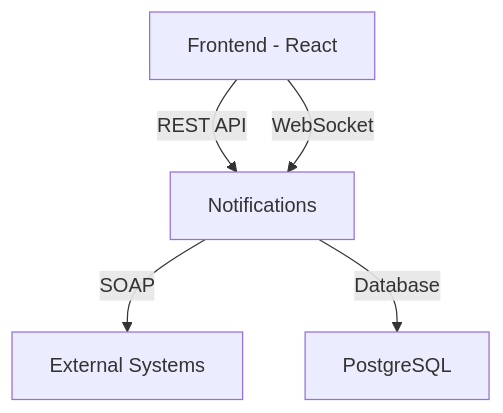
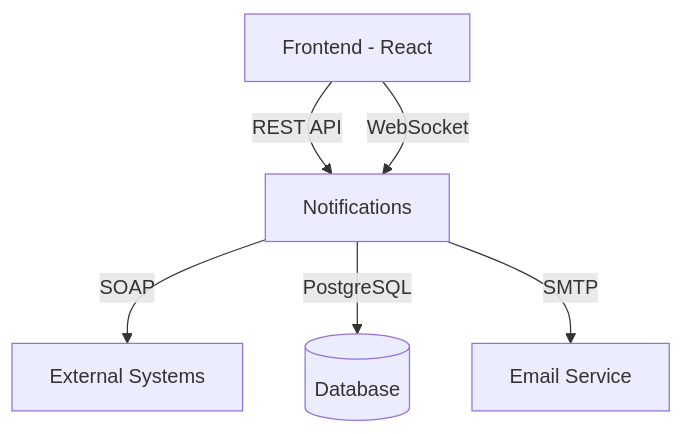
Before and after one commit to KaloeSan/nbp-exchange-monitor: the diagram in README.md, drawn with Mermaid. The commit also changed other lines of this file and 1 other file, not shown here.

````diff
--- a/README.md
+++ b/README.md
@@ -22,7 +24,8 @@
 ```mermaid
 graph TD
     A[Frontend - React] -->|REST API| B[Backend - FastAPI]
     B -->|SOAP| C[External Systems]
-    B -->|Database| D[PostgreSQL]
+    B -->|PostgreSQL| D[(Database)]
     A -->|WebSocket| B[Notifications]
+    B -->|SMTP| E[Email Service]
 ```
````
